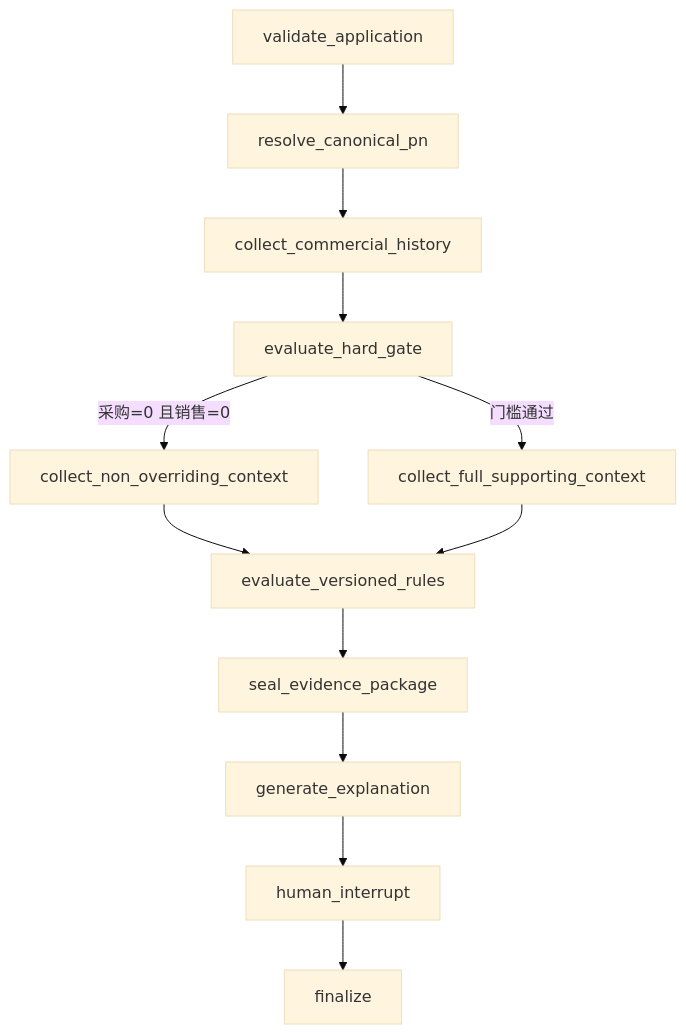
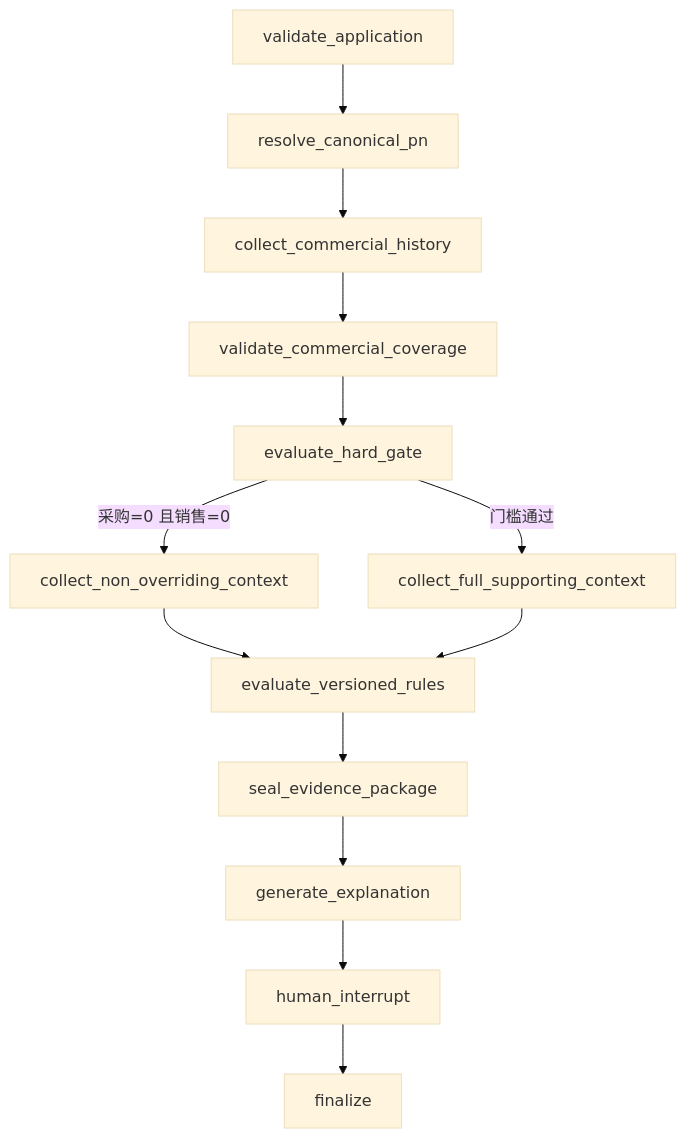
One commit to Jinchen-Yang/it-spareparts changed the diagram in docs/agent-platform/maintenance-replenishment-review.md. Above: the diagram before and after it, drawn with Mermaid (base theme). The commit also changed other lines of this file, not shown here.

````diff
--- a/docs/agent-platform/maintenance-replenishment-review.md
+++ b/docs/agent-platform/maintenance-replenishment-review.md
@@ -118,14 +137,15 @@
 ```mermaid
 flowchart TD
   A["validate_application"] --> B["resolve_canonical_pn"]
   B --> C["collect_commercial_history"]
-  C --> D["evaluate_hard_gate"]
+  C --> Q["validate_commercial_coverage"]
+  Q --> D["evaluate_hard_gate"]
   D -->|"采购=0 且销售=0"| E["collect_non_overriding_context"]
   D -->|"门槛通过"| F["collect_full_supporting_context"]
   E --> G["evaluate_versioned_rules"]
   F --> G
   G --> H["seal_evidence_package"]
   H --> I["generate_explanation"]
   I --> J["human_interrupt"]
   J --> K["finalize"]
 ```
````
